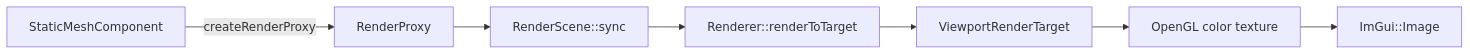
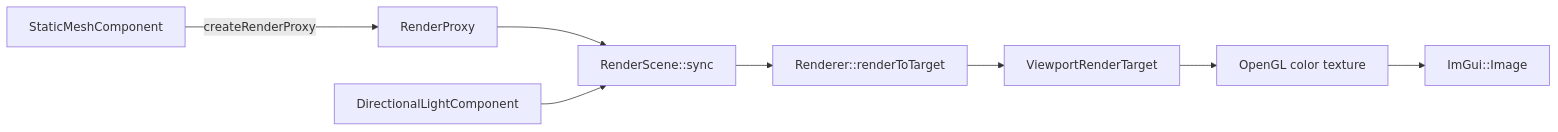
The diagram in docs/modules/rendering.md (gitUserKHS/game_engine), drawn with Mermaid before and after one commit. The commit also changed other lines of this file and 8 other files, not shown here.

````diff
--- a/docs/modules/rendering.md
+++ b/docs/modules/rendering.md
@@ -24,9 +25,10 @@
 ```mermaid
 flowchart LR
     Component["StaticMeshComponent"] -->|createRenderProxy| Proxy["RenderProxy"]
     Proxy --> Scene["RenderScene::sync"]
+    Light["DirectionalLightComponent"] --> Scene
     Scene --> Renderer["Renderer::renderToTarget"]
     Renderer --> Target["ViewportRenderTarget"]
     Target --> Texture["OpenGL color texture"]
     Texture --> ImGui["ImGui::Image"]
 ```
````
